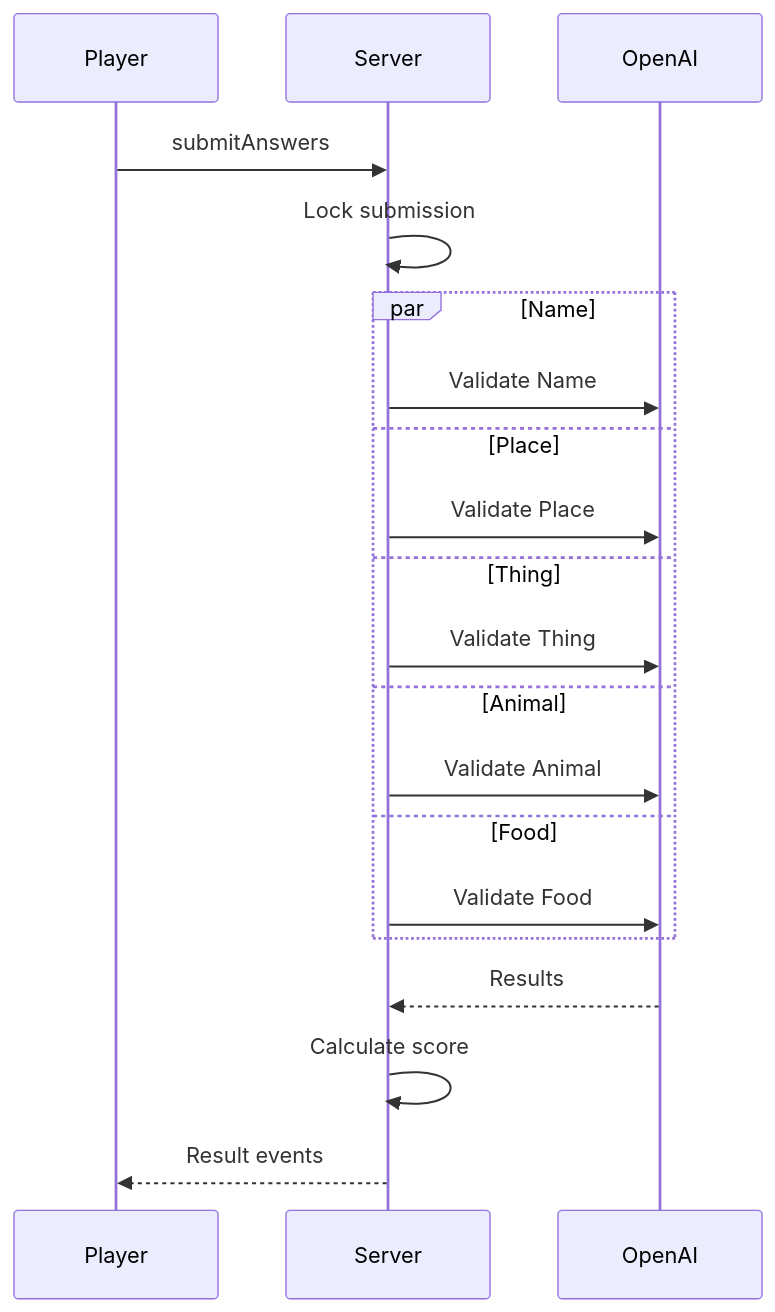
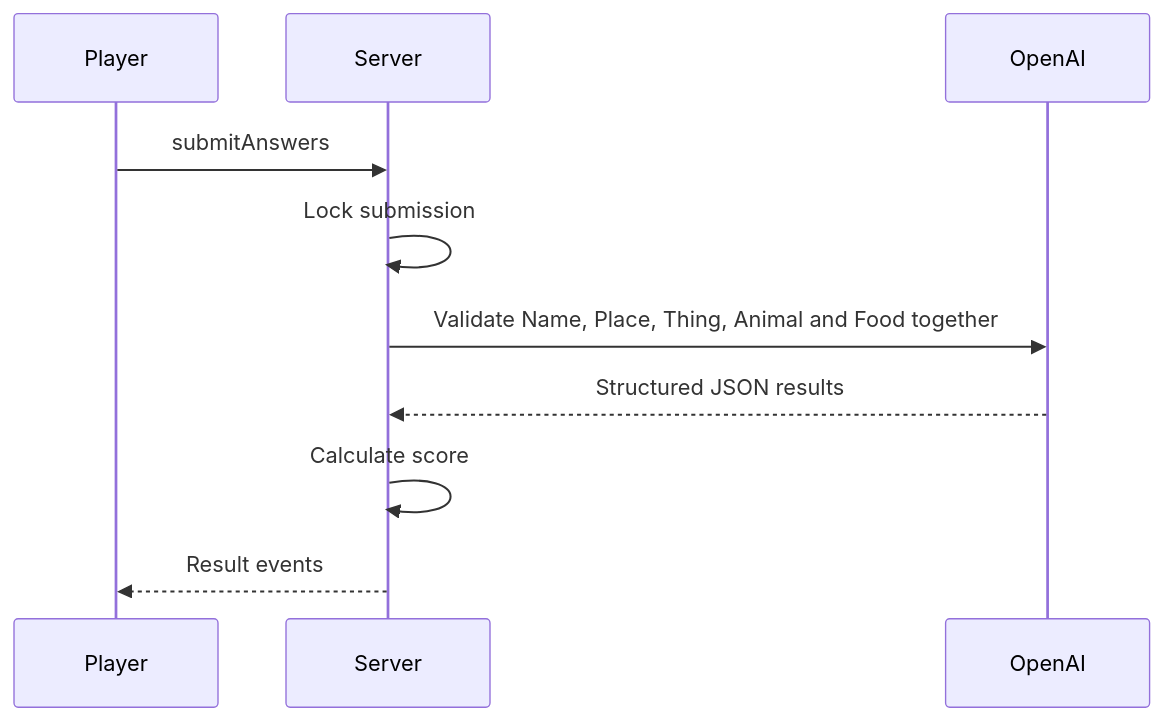
The third of 4 diagrams in docs/architecture.md (ayushydv1805/Alphabet-Rush), drawn with Mermaid before and after one commit. The commit also changed other lines of this file, not shown here.

Commit message:
docs: update validation architecture

```diff
--- a/docs/architecture.md
+++ b/docs/architecture.md
@@ -126,23 +126,13 @@
 ~~~mermaid
 sequenceDiagram
     participant P as Player
     participant S as Server
     participant AI as OpenAI
 
     P->>S: submitAnswers
     S->>S: Lock submission
-    par Name
-        S->>AI: Validate Name
-    and Place
-        S->>AI: Validate Place
-    and Thing
-        S->>AI: Validate Thing
-    and Animal
-        S->>AI: Validate Animal
-    and Food
-        S->>AI: Validate Food
-    end
-    AI-->>S: Results
+    S->>AI: Validate Name, Place, Thing, Animal and Food together
+    AI-->>S: Structured JSON results
     S->>S: Calculate score
     S-->>P: Result events
 ~~~
```
